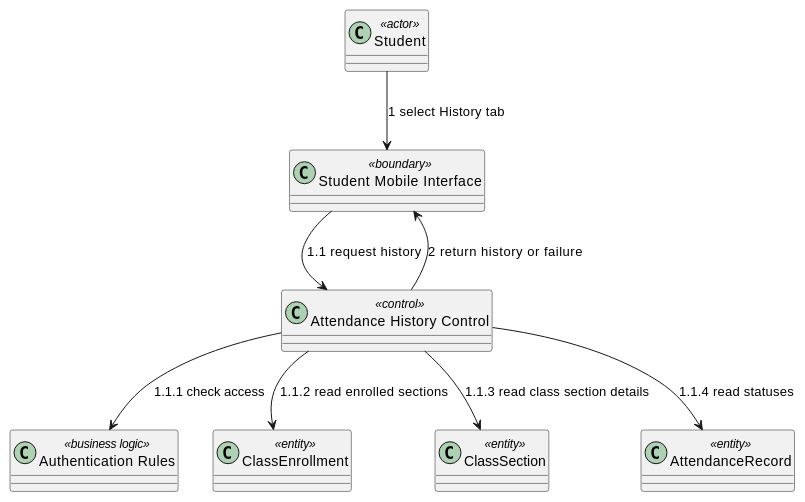
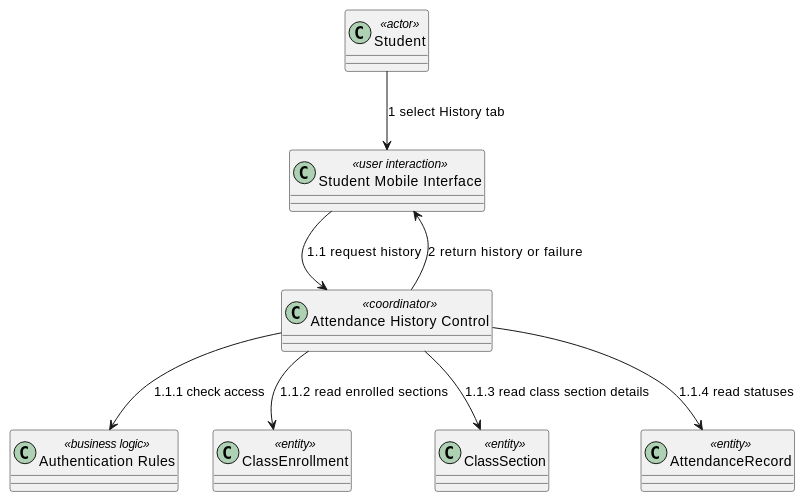
One commit to nttung42/SWD392 changed diagram 12 of 29 in docs/sds/2_Analysis.md. Above: the diagram before and after it, drawn with PlantUML. The commit also changed other lines of this file and 1 other file, not shown here.

````diff
--- a/docs/sds/2_Analysis.md
+++ b/docs/sds/2_Analysis.md
@@ -554,19 +595,19 @@
 ```plantuml
 @startuml
 class "Student" as Student <<actor>>
-class "Student Mobile Interface" as StudentUI <<boundary>>
-class "Attendance History Control" as HistoryControl <<control>>
+class "Student Mobile Interface" as StudentUI <<user interaction>>
+class "Attendance History Control" as HistoryControl <<coordinator>>
 class "Authentication Rules" as AuthRules <<business logic>>
 class "ClassEnrollment" as ClassEnrollment <<entity>>
 class "ClassSection" as ClassSection <<entity>>
 class "AttendanceRecord" as AttendanceRecord <<entity>>
 
 Student --> StudentUI : 1 select History tab
 StudentUI --> HistoryControl : 1.1 request history
 HistoryControl --> AuthRules : 1.1.1 check access
 HistoryControl --> ClassEnrollment : 1.1.2 read enrolled sections
 HistoryControl --> ClassSection : 1.1.3 read class section details
 HistoryControl --> AttendanceRecord : 1.1.4 read statuses
 HistoryControl --> StudentUI : 2 return history or failure
 @enduml
 ```
````
